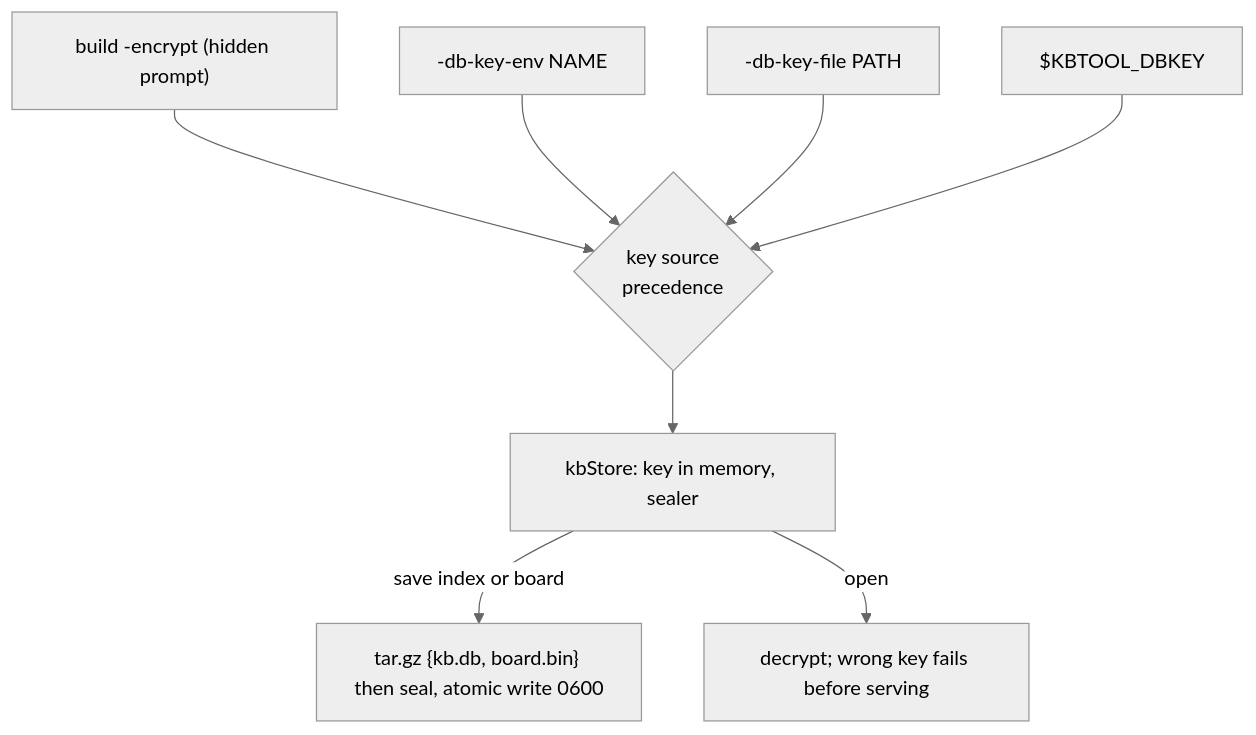
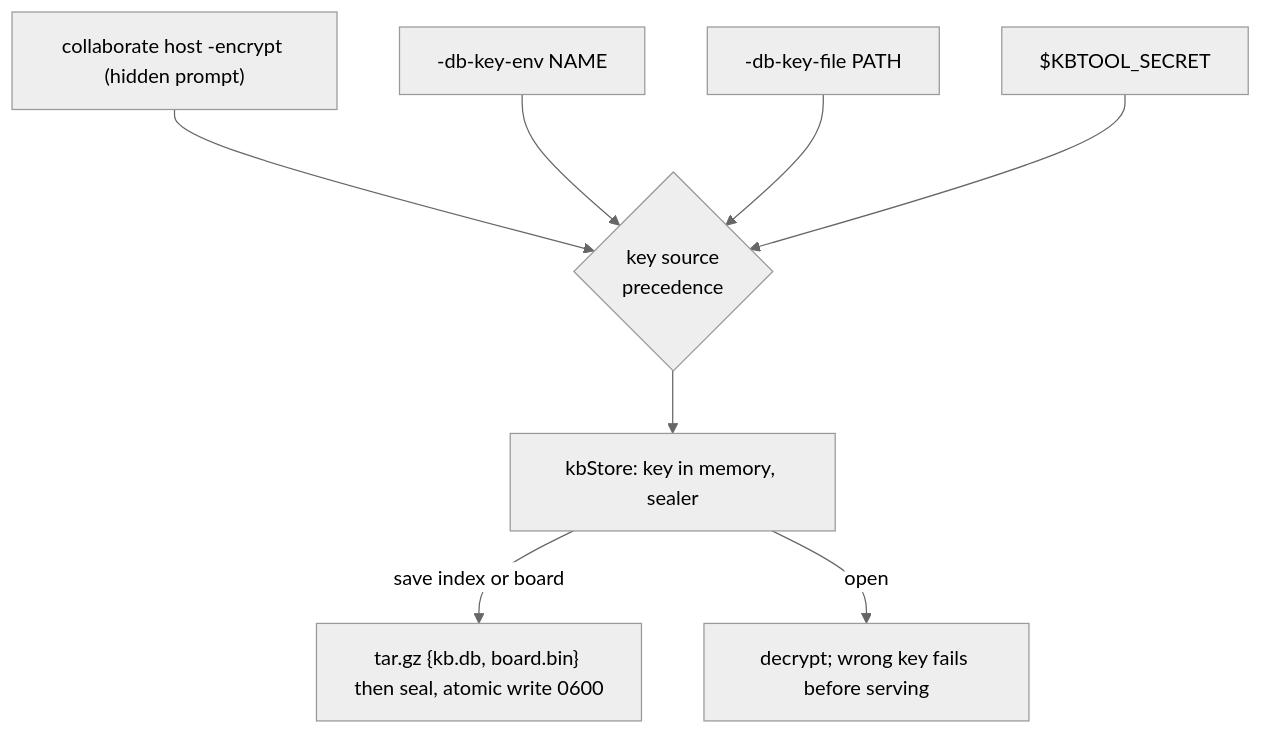
Before and after one commit to samrocketman/go-kbtool: the seventh of 24 diagrams in docs/cryptography.md, drawn with Mermaid (neutral theme). The commit also changed other lines of this file and 64 other files, not shown here.

````diff
--- a/docs/cryptography.md
+++ b/docs/cryptography.md
@@ -223,10 +255,10 @@
 ```mermaid
 flowchart TB
-  K1["build -encrypt (hidden prompt)"] --> R{"key source<br/>precedence"}
+  K1["collaborate host -encrypt (hidden prompt)"] --> R{"key source<br/>precedence"}
   K2["-db-key-env NAME"] --> R
   K3["-db-key-file PATH"] --> R
-  K4["$KBTOOL_DBKEY"] --> R
+  K4["$KBTOOL_SECRET"] --> R
   R --> ST["kbStore: key in memory, sealer"]
   ST -->|"save index or board"| W["tar.gz {kb.db, board.bin} then seal, atomic write 0600"]
   ST -->|"open"| O["decrypt; wrong key fails before serving"]
 ```
````
